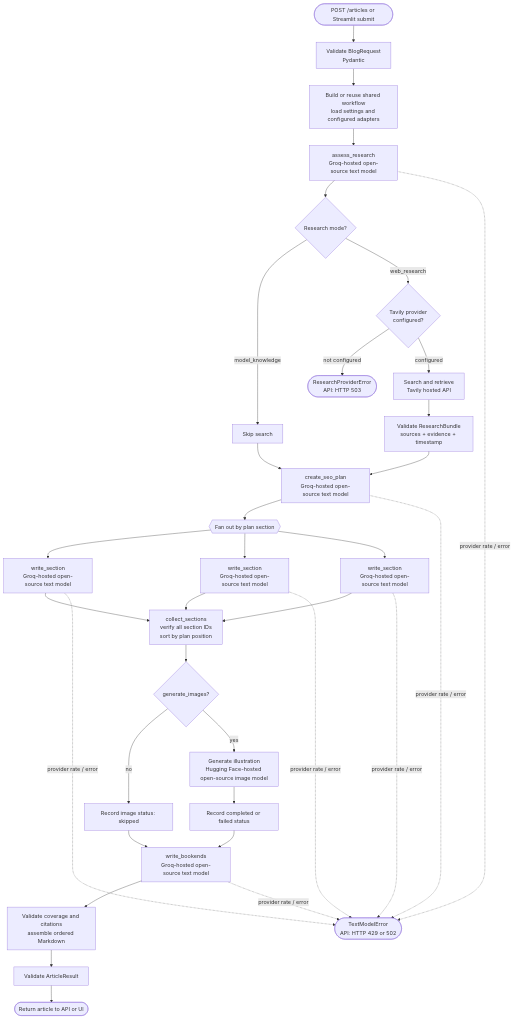
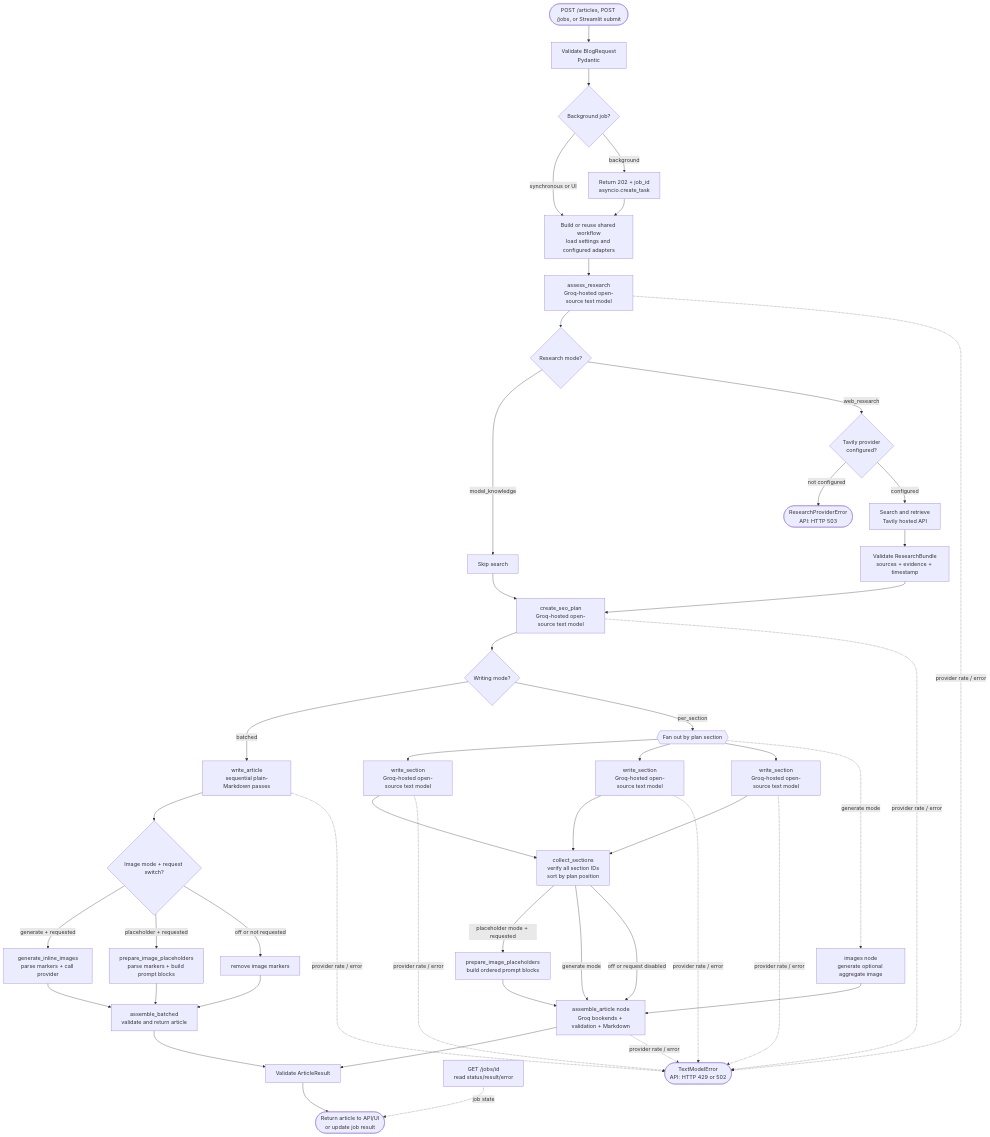
Before and after one commit to UmairDevloper/Agentic-Blog-Writing-Assistant: the second of 2 diagrams in flow.md, drawn with Mermaid. The commit also changed other lines of this file and 50 other files, not shown here.

````diff
--- a/flow.md
+++ b/flow.md
@@ -56,49 +62,75 @@
 ```mermaid
 flowchart TD
-    Start([POST /articles or Streamlit submit])
+    Start([POST /articles, POST /jobs, or Streamlit submit])
     Validate[Validate BlogRequest<br/>Pydantic]
+    JobRoute{Background job?}
+    Accepted[Return 202 + job_id<br/>asyncio.create_task]
     Build[Build or reuse shared workflow<br/>load settings and configured adapters]
     Assess[assess_research<br/>Groq-hosted open-source text model]
     Mode{Research mode?}
     Direct[Skip search]
     ResearchCheck{Tavily provider<br/>configured?}
     Search[Search and retrieve<br/>Tavily hosted API]
     Bundle[Validate ResearchBundle<br/>sources + evidence + timestamp]
     Plan[create_seo_plan<br/>Groq-hosted open-source text model]
+    WritingMode{Writing mode?}
+    BatchedWrite[write_article<br/>sequential plain-Markdown passes]
+    ImageMode{Image mode + request switch?}
+    InlineImages[generate_inline_images<br/>parse markers + call provider]
+    BatchPlaceholders[prepare_image_placeholders<br/>parse markers + build prompt blocks]
+    RemoveMarkers[remove image markers]
+    BatchAssembly[assemble_batched<br/>validate and return article]
     Fanout{{Fan out by plan section}}
     Write1[write_section<br/>Groq-hosted open-source text model]
     Write2[write_section<br/>Groq-hosted open-source text model]
     WriteN[write_section<br/>Groq-hosted open-source text model]
     Collect[collect_sections<br/>verify all section IDs<br/>sort by plan position]
-    ImageChoice{generate_images?}
-    Skip[Record image status: skipped]
-    Generate[Generate illustration<br/>Hugging Face-hosted open-source image model]
-    ImageStatus[Record completed or failed status]
-    Bookends[write_bookends<br/>Groq-hosted open-source text model]
-    Assemble[Validate coverage and citations<br/>assemble ordered Markdown]
+    Images[images node<br/>generate optional aggregate image]
+    SectionPlaceholders[prepare_image_placeholders<br/>build ordered prompt blocks]
+    Assembly[assemble_article node<br/>Groq bookends + validation + Markdown]
     Result[Validate ArticleResult]
-    Return([Return article to API or UI])
+    Return([Return article to API/UI<br/>or update job result])
+    Poll[GET /jobs/id<br/>read status/result/error]
 
-    Start --> Validate --> Build --> Assess --> Mode
+    Start --> Validate --> JobRoute
+    JobRoute -->|synchronous or UI| Build
+    JobRoute -->|background| Accepted --> Build
+    Poll -. job state .-> Return
+    Build --> Assess --> Mode
     Mode -->|model_knowledge| Direct --> Plan
     Mode -->|web_research| ResearchCheck
     ResearchCheck -->|not configured| ErrorResearch([ResearchProviderError<br/>API: HTTP 503])
     ResearchCheck -->|configured| Search --> Bundle --> Plan
-    Plan --> Fanout
+    Plan --> WritingMode
+    WritingMode -->|batched| BatchedWrite
+    BatchedWrite --> ImageMode
+    ImageMode -->|generate + requested| InlineImages
+    ImageMode -->|placeholder + requested| BatchPlaceholders
+    ImageMode -->|off or not requested| RemoveMarkers
+    InlineImages --> BatchAssembly
+    BatchPlaceholders --> BatchAssembly
+    RemoveMarkers --> BatchAssembly
+    BatchAssembly --> Result
+    WritingMode -->|per_section| Fanout
     Fanout --> Write1
     Fanout --> Write2
     Fanout --> WriteN
     Write1 --> Collect
     Write2 --> Collect
     WriteN --> Collect
-    Collect --> ImageChoice
-    ImageChoice -->|no| Skip --> Bookends
-    ImageChoice -->|yes| Generate --> ImageStatus --> Bookends
-    Bookends --> Assemble --> Result --> Return
+    Fanout -. generate mode .-> Images
+    Collect -->|placeholder mode + requested| SectionPlaceholders
+    SectionPlaceholders --> Assembly
+    Collect -->|generate mode| Assembly
+    Images --> Assembly
+    Collect -->|off or request disabled| Assembly
+    Assembly --> Result
+    Result --> Return
     Assess -. provider rate / error .-> ErrorText([TextModelError<br/>API: HTTP 429 or 502])
     Plan -. provider rate / error .-> ErrorText
     Write1 -. provider rate / error .-> ErrorText
     Write2 -. provider rate / error .-> ErrorText
     WriteN -. provider rate / error .-> ErrorText
-    Bookends -. provider rate / error .-> ErrorText
+    BatchedWrite -. provider rate / error .-> ErrorText
+    Assembly -. provider rate / error .-> ErrorText
 ```
````
